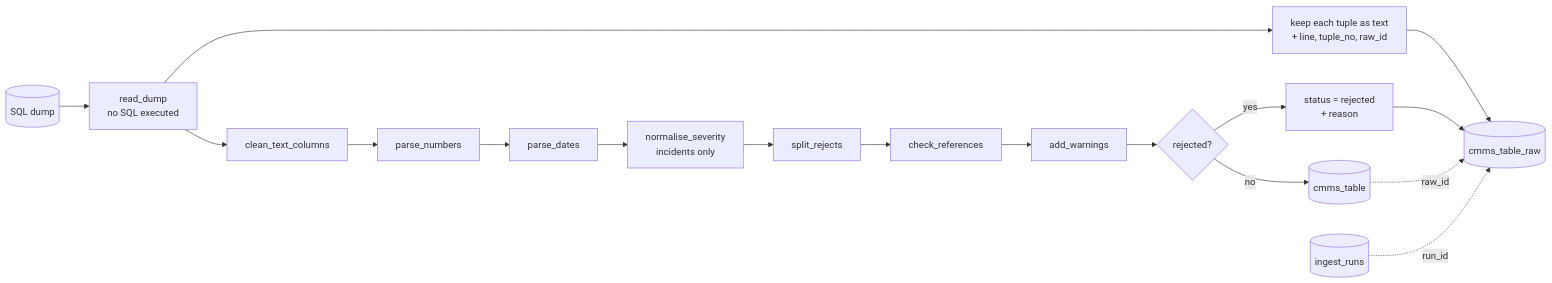
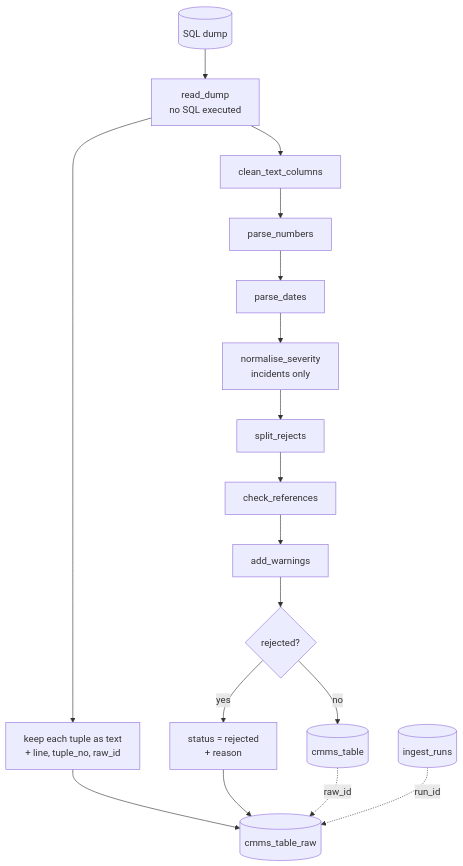
The first of 3 diagrams in docs/ingest_cmms.md (ensanguine2279/sctp-aie-m5-jurong-marine), drawn with Mermaid before and after one commit. The commit also changed 3 other files, not shown here.

````diff
--- a/docs/ingest_cmms.md
+++ b/docs/ingest_cmms.md
@@ -102,19 +102,19 @@
 ```mermaid
-flowchart LR
+flowchart TD
     SQL[(SQL dump)] --> R[read_dump<br/>no SQL executed]
     R --> RAW[keep each tuple as text<br/>+ line, tuple_no, raw_id]
     R --> T[clean_text_columns]
     T --> N[parse_numbers]
     N --> D[parse_dates]
     D --> SV[normalise_severity<br/>incidents only]
     SV --> S[split_rejects]
     S --> CR[check_references]
     CR --> W[add_warnings]
     W --> OK{rejected?}
     OK -- no --> CLEAN[(cmms_table)]
     OK -- yes --> REJ[status = rejected<br/>+ reason]
     RAW --> RAWT[(cmms_table_raw)]
     REJ --> RAWT
     CLEAN -. raw_id .-> RAWT
     RUN[(ingest_runs)] -. run_id .-> RAWT
 ```
````
